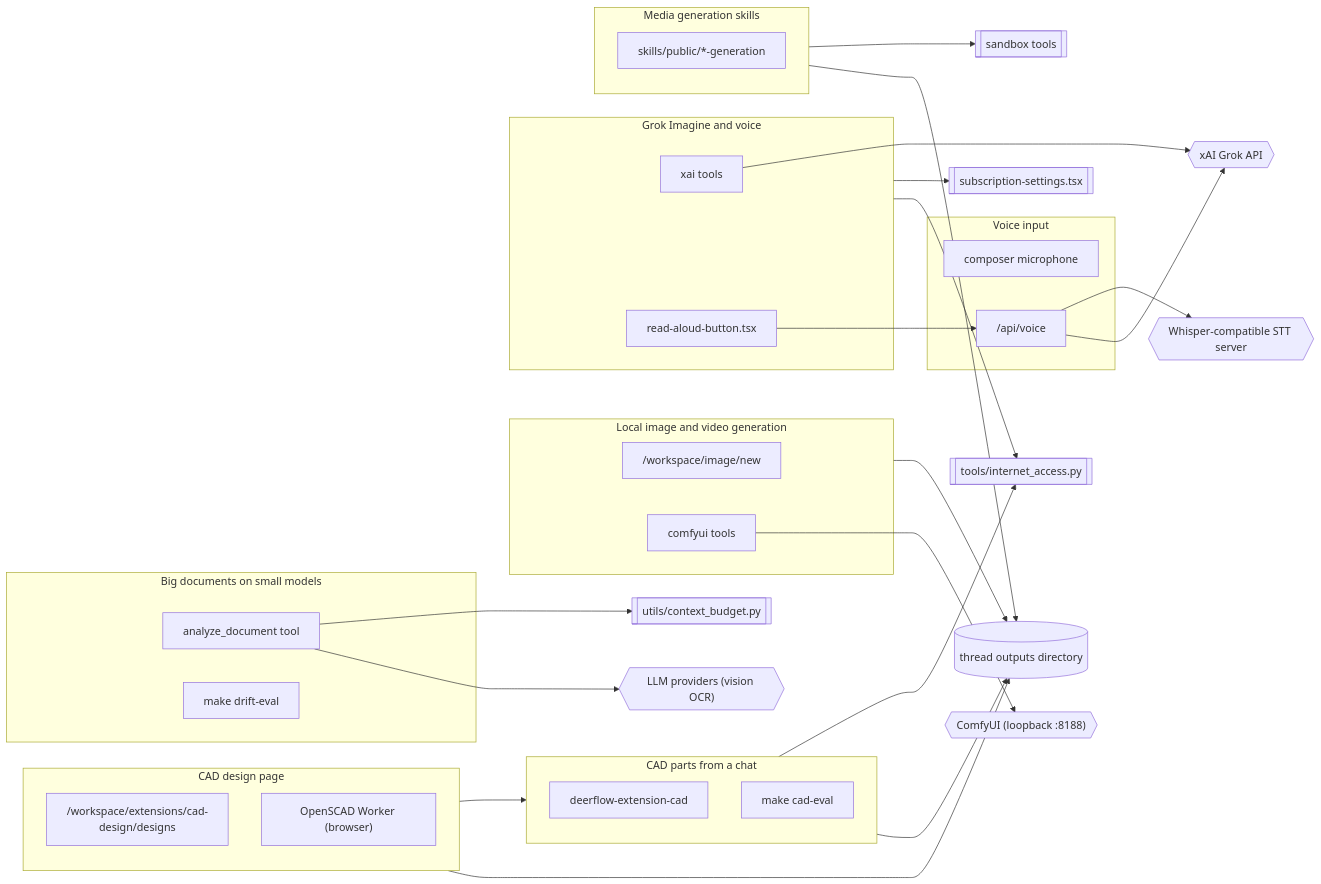
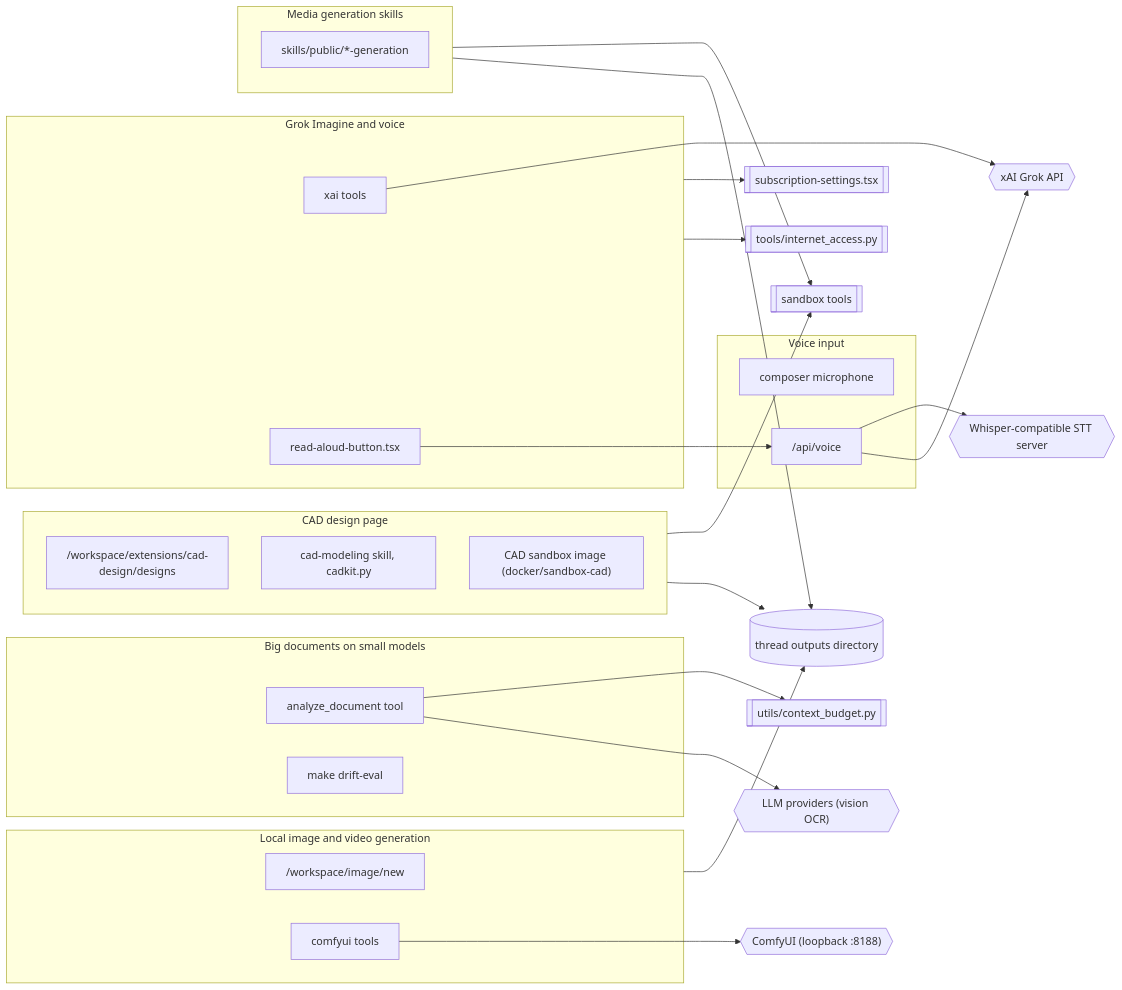
Before and after one commit to ivan-skvorc/AI-at-home: the diagram in docs/repo-map/generation-and-media.md, drawn with Mermaid. The commit also changed other lines of this file and 15 other files, not shown here.

First line of the commit message:
wip(cad): skill front matter fix, repo map, design package progress

````diff
--- a/docs/repo-map/generation-and-media.md
+++ b/docs/repo-map/generation-and-media.md
@@ -3,55 +3,50 @@
 ```mermaid
 flowchart LR
   subgraph img [Local image and video generation]
     imgPage["/workspace/image/new"]
     comfyTools["comfyui tools"]
   end
   subgraph grok [Grok Imagine and voice]
     xaiTools["xai tools"]
     readAloud["read-aloud-button.tsx"]
   end
   subgraph voice [Voice input]
     mic["composer microphone"]
     voiceApi["/api/voice"]
   end
-  subgraph cad [CAD parts from a chat]
-    cadExt["deerflow-extension-cad"]
-    cadEval["make cad-eval"]
-  end
   subgraph design [CAD design page]
     designPage["/workspace/extensions/cad-design/designs"]
-    scadWorker["OpenSCAD Worker (browser)"]
+    cadSkill["cad-modeling skill, cadkit.py"]
+    cadImage["CAD sandbox image (docker/sandbox-cad)"]
   end
   subgraph bigdoc [Big documents on small models]
     analyze["analyze_document tool"]
     driftEval["make drift-eval"]
   end
   subgraph media [Media generation skills]
     mediaSkills["skills/public/*-generation"]
   end
   subsSettings[["subscription-settings.tsx"]]
   internetPy[["tools/internet_access.py"]]
   contextBudget[["utils/context_budget.py"]]
   sandbox[["sandbox tools"]]
   comfy{{"ComfyUI (loopback :8188)"}}
   xai{{"xAI Grok API"}}
   whisper{{"Whisper-compatible STT server"}}
   llm{{"LLM providers (vision OCR)"}}
   outputs[("thread outputs directory")]
   comfyTools --> comfy
   xaiTools --> xai
   readAloud --> voiceApi
   voiceApi --> whisper
   voiceApi --> xai
   grok --> subsSettings
-  cad --> internetPy
   grok --> internetPy
   analyze --> contextBudget
   analyze --> llm
   img --> outputs
-  cad --> outputs
-  design --> cad
+  design --> sandbox
   design --> outputs
   media --> sandbox
   media --> outputs
 ```
````
